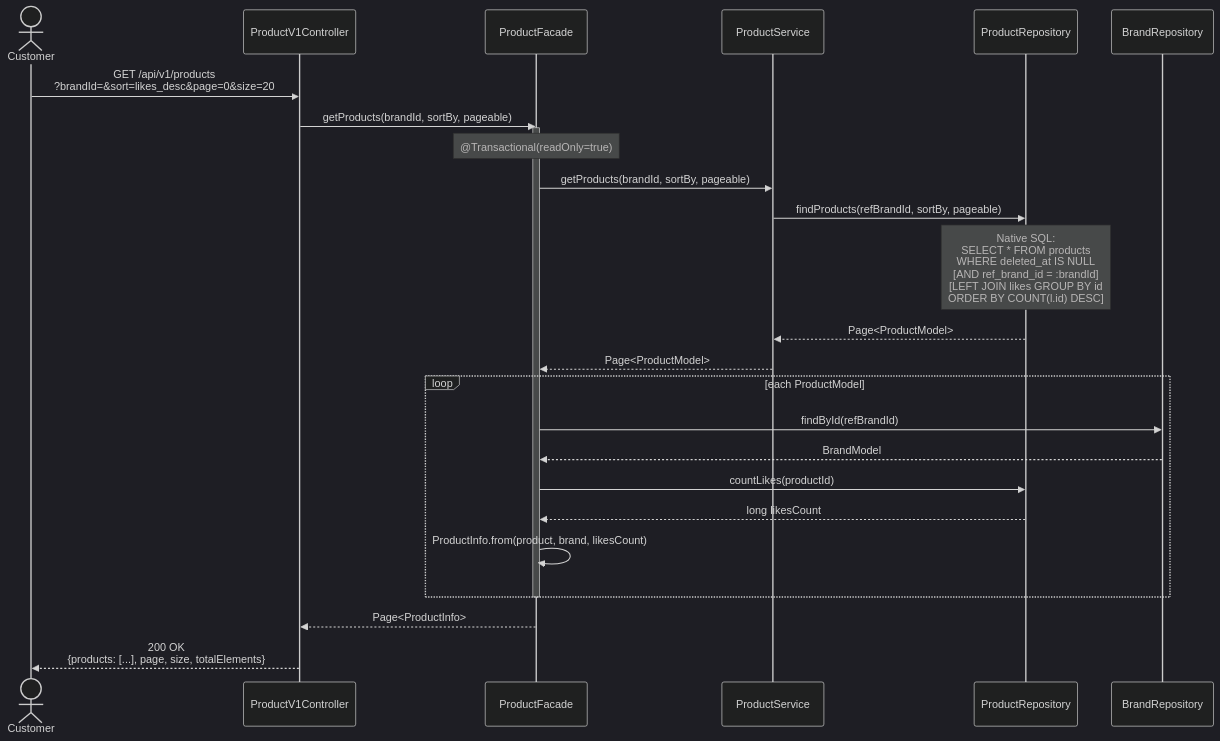
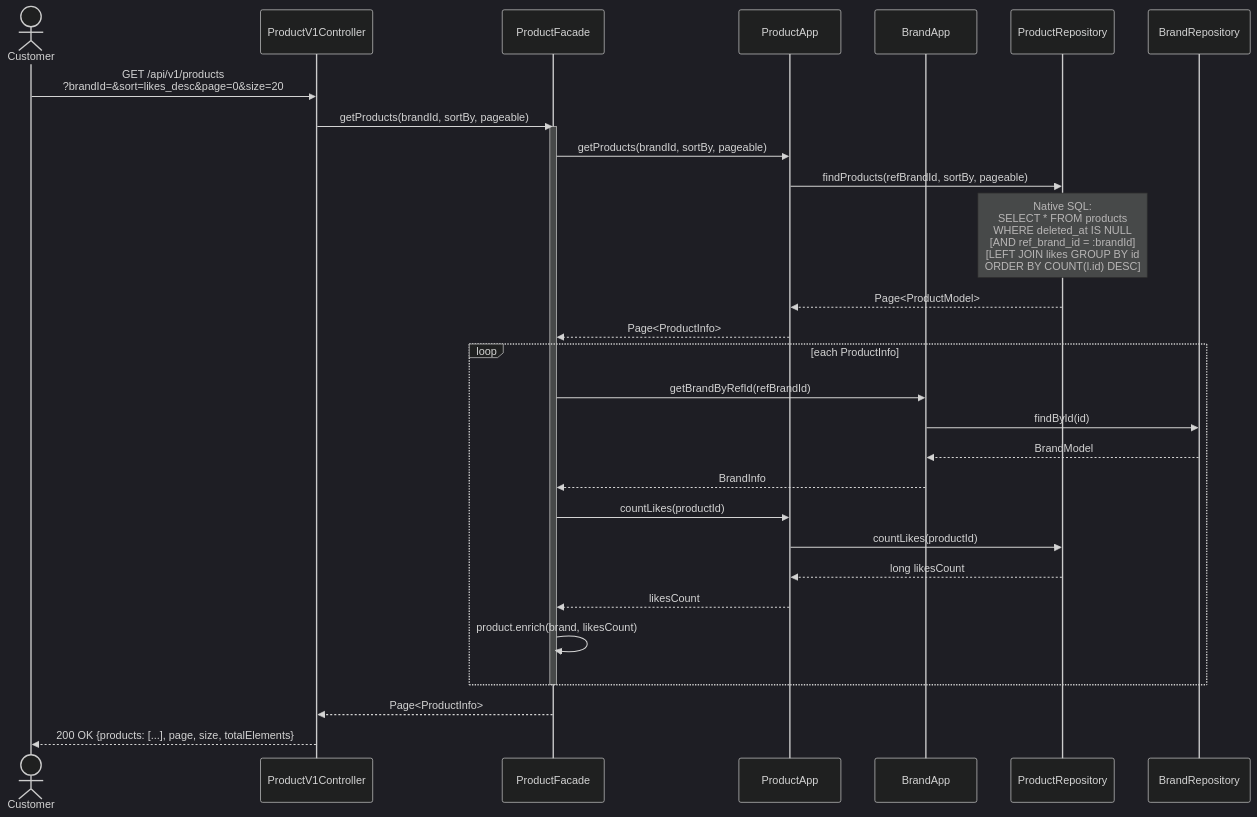
Before and after one commit to YoHanKi/loop-pack-be-l2-vol3-java: the fifth of 6 diagrams in docs/design/02-sequence-diagrams.md, drawn with Mermaid (dark theme). The commit also changed other lines of this file and 31 other files, not shown here.

````diff
--- a/docs/design/02-sequence-diagrams.md
+++ b/docs/design/02-sequence-diagrams.md
@@ -274,37 +308,43 @@
 ```mermaid
 sequenceDiagram
     actor Customer
     participant Controller as ProductV1Controller
     participant ProductFacade as ProductFacade
-    participant ProductService as ProductService
+    participant ProductApp as ProductApp
+    participant BrandApp as BrandApp
     participant ProductRepo as ProductRepository
     participant BrandRepo as BrandRepository
 
     Customer->>Controller: GET /api/v1/products<br/>?brandId=&sort=likes_desc&page=0&size=20
     Controller->>ProductFacade: getProducts(brandId, sortBy, pageable)
 
     activate ProductFacade
-    Note over ProductFacade: @Transactional(readOnly=true)
 
-    ProductFacade->>ProductService: getProducts(brandId, sortBy, pageable)
-    ProductService->>ProductRepo: findProducts(refBrandId, sortBy, pageable)
+    ProductFacade->>ProductApp: getProducts(brandId, sortBy, pageable)
+    ProductApp->>ProductRepo: findProducts(refBrandId, sortBy, pageable)
 
     Note over ProductRepo: Native SQL:<br/>SELECT * FROM products<br/>WHERE deleted_at IS NULL<br/>[AND ref_brand_id = :brandId]<br/>[LEFT JOIN likes GROUP BY id<br/>ORDER BY COUNT(l.id) DESC]
 
-    ProductRepo-->>ProductService: Page<ProductModel>
-    ProductService-->>ProductFacade: Page<ProductModel>
+    ProductRepo-->>ProductApp: Page<ProductModel>
+    ProductApp-->>ProductFacade: Page<ProductInfo>
 
     %% enrichment (Brand 정보 + 좋아요 수)
-    loop each ProductModel
-        ProductFacade->>BrandRepo: findById(refBrandId)
-        BrandRepo-->>ProductFacade: BrandModel
-        ProductFacade->>ProductRepo: countLikes(productId)
-        ProductRepo-->>ProductFacade: long likesCount
-        ProductFacade->>ProductFacade: ProductInfo.from(product, brand, likesCount)
+    loop each ProductInfo
+        ProductFacade->>BrandApp: getBrandByRefId(refBrandId)
+        BrandApp->>BrandRepo: findById(id)
+        BrandRepo-->>BrandApp: BrandModel
+        BrandApp-->>ProductFacade: BrandInfo
+
+        ProductFacade->>ProductApp: countLikes(productId)
+        ProductApp->>ProductRepo: countLikes(productId)
+        ProductRepo-->>ProductApp: long likesCount
+        ProductApp-->>ProductFacade: likesCount
+
+        ProductFacade->>ProductFacade: product.enrich(brand, likesCount)
     end
 
     deactivate ProductFacade
 
     ProductFacade-->>Controller: Page<ProductInfo>
-    Controller-->>Customer: 200 OK<br/>{products: [...], page, size, totalElements}
+    Controller-->>Customer: 200 OK {products: [...], page, size, totalElements}
 ```
````
